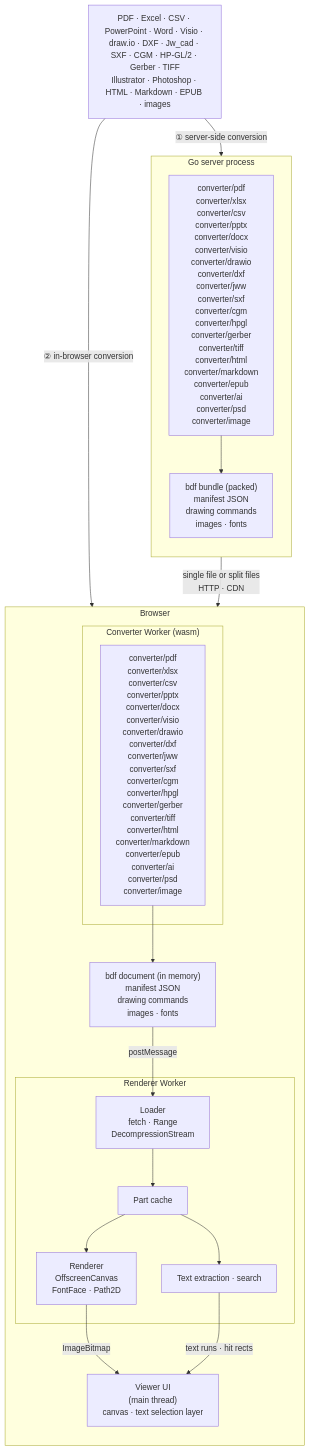
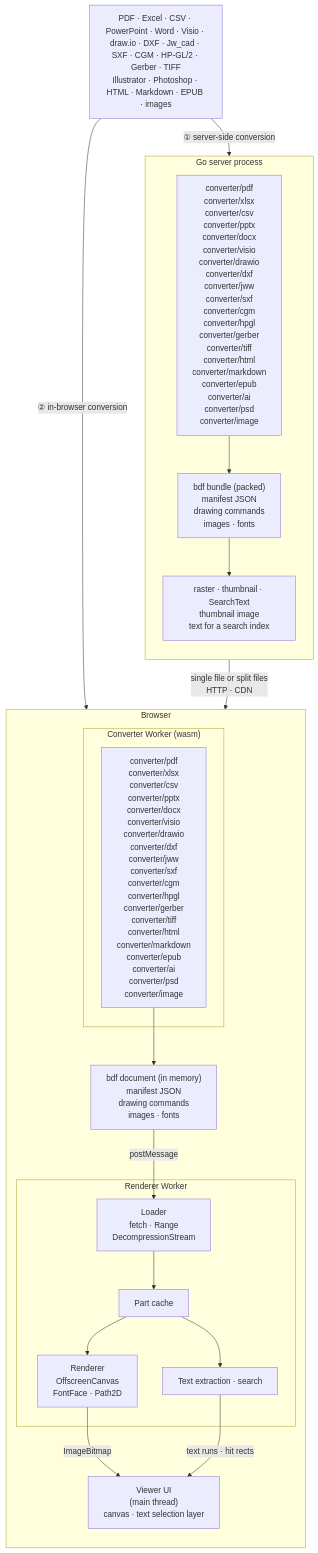
Before and after one commit to shibukawa/bdf: the diagram in README.md, drawn with Mermaid. The commit also changed other lines of this file and 102 other files, not shown here.

First line of the commit message:
Server-side thumbnails and search text: a pure-Go rasterizer that draws pages as the viewer does (#35)

````diff
--- a/README.md
+++ b/README.md
@@ -20,37 +20,39 @@
 ```mermaid
 flowchart TB
     SRC["PDF · Excel · CSV · PowerPoint · Word · Visio · draw.io · DXF · Jw_cad · SXF · CGM · HP-GL/2 · Gerber · TIFF<br/>Illustrator · Photoshop · HTML · Markdown · EPUB · images"]
 
     subgraph SERVER["Go server process"]
         direction TB
         SCONV["converter/pdf<br/>converter/xlsx<br/>converter/csv<br/>converter/pptx<br/>converter/docx<br/>converter/visio<br/>converter/drawio<br/>converter/dxf<br/>converter/jww<br/>converter/sxf<br/>converter/cgm<br/>converter/hpgl<br/>converter/gerber<br/>converter/tiff<br/>converter/html<br/>converter/markdown<br/>converter/epub<br/>converter/ai<br/>converter/psd<br/>converter/image"]
         BUNDLE["bdf bundle (packed)<br/>manifest JSON<br/>drawing commands<br/>images · fonts"]
+        PREVIEW["raster · thumbnail · SearchText<br/>thumbnail image<br/>text for a search index"]
         SCONV --> BUNDLE
+        BUNDLE --> PREVIEW
     end
 
     subgraph BROWSER["Browser"]
         direction TB
         subgraph CWORKER["Converter Worker (wasm)"]
             WCONV["converter/pdf<br/>converter/xlsx<br/>converter/csv<br/>converter/pptx<br/>converter/docx<br/>converter/visio<br/>converter/drawio<br/>converter/dxf<br/>converter/jww<br/>converter/sxf<br/>converter/cgm<br/>converter/hpgl<br/>converter/gerber<br/>converter/tiff<br/>converter/html<br/>converter/markdown<br/>converter/epub<br/>converter/ai<br/>converter/psd<br/>converter/image"]
         end
         PARTS["bdf document (in memory)<br/>manifest JSON<br/>drawing commands<br/>images · fonts"]
         subgraph RWORKER["Renderer Worker"]
             LOADER["Loader<br/>fetch · Range<br/>DecompressionStream"]
             STORE["Part cache"]
             RENDER["Renderer<br/>OffscreenCanvas<br/>FontFace · Path2D"]
             TEXT["Text extraction · search"]
             LOADER --> STORE
             STORE --> RENDER
             STORE --> TEXT
         end
         UI["Viewer UI<br/>(main thread)<br/>canvas · text selection layer"]
         WCONV --> PARTS
     end
 
     SRC -- "① server-side conversion" --> SCONV
     SRC -- "② in-browser conversion" --> WCONV
     BUNDLE -- "single file or split files<br/>HTTP · CDN" --> LOADER
     PARTS -- "postMessage" --> LOADER
     RENDER -- "ImageBitmap" --> UI
     TEXT -- "text runs · hit rects" --> UI
 ```
````
